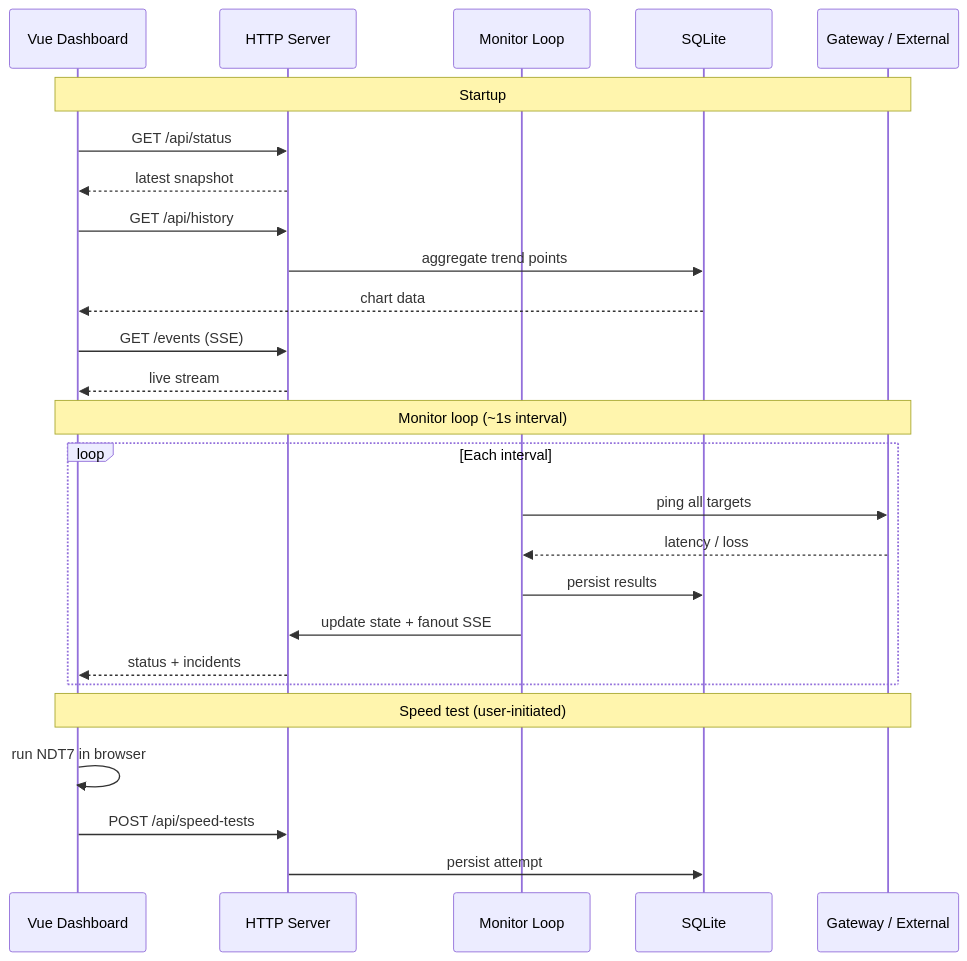
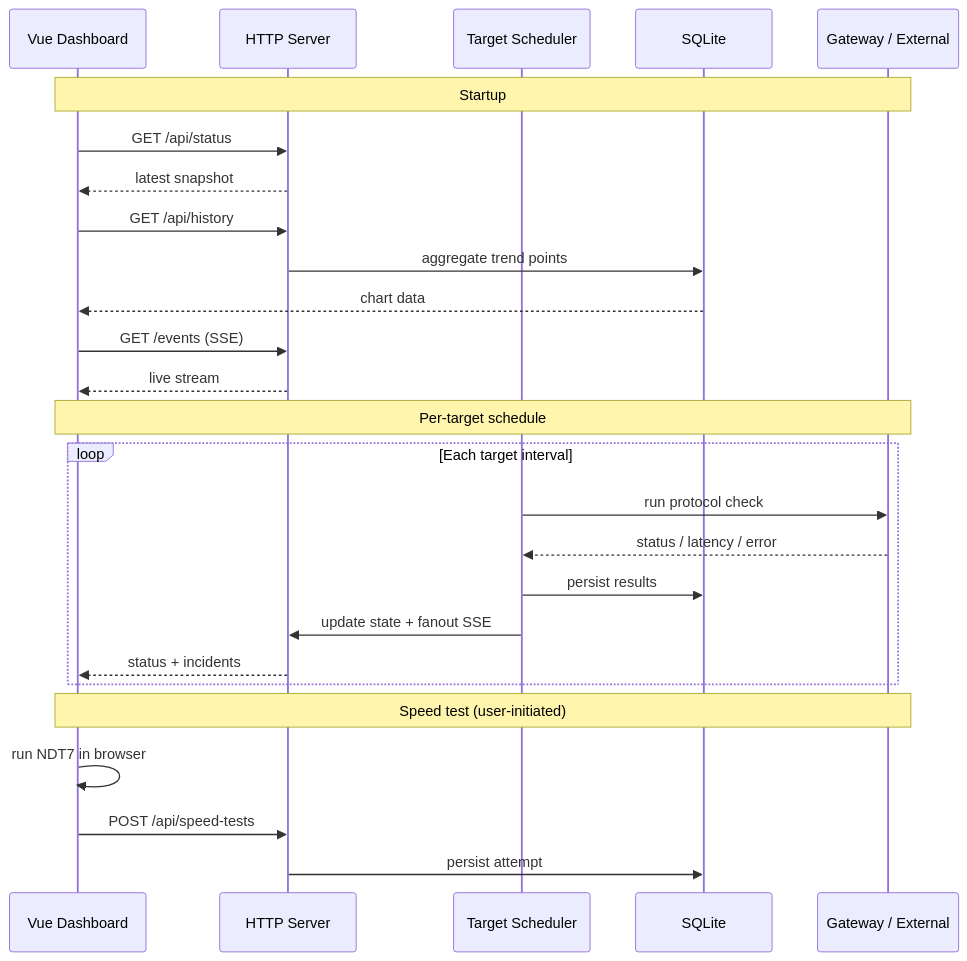
The second of 3 diagrams in docs/ARCHITECTURE.md (dabirideji/netbox), drawn with Mermaid before and after one commit. The commit also changed other lines of this file and 72 other files, not shown here.

````diff
--- a/docs/ARCHITECTURE.md
+++ b/docs/ARCHITECTURE.md
@@ -105,31 +110,31 @@
 ```mermaid
 sequenceDiagram
   participant UI as Vue Dashboard
   participant API as HTTP Server
-  participant Monitor as Monitor Loop
+  participant Monitor as Target Scheduler
   participant DB as SQLite
   participant Net as Gateway / External
 
   Note over UI,Net: Startup
   UI->>API: GET /api/status
   API-->>UI: latest snapshot
   UI->>API: GET /api/history
   API->>DB: aggregate trend points
   DB-->>UI: chart data
   UI->>API: GET /events (SSE)
   API-->>UI: live stream
 
-  Note over UI,Net: Monitor loop (~1s interval)
-  loop Each interval
-    Monitor->>Net: ping all targets
-    Net-->>Monitor: latency / loss
+  Note over UI,Net: Per-target schedule
+  loop Each target interval
+    Monitor->>Net: run protocol check
+    Net-->>Monitor: status / latency / error
     Monitor->>DB: persist results
     Monitor->>API: update state + fanout SSE
     API-->>UI: status + incidents
   end
 
   Note over UI,Net: Speed test (user-initiated)
   UI->>UI: run NDT7 in browser
   UI->>API: POST /api/speed-tests
   API->>DB: persist attempt
 ```
````
